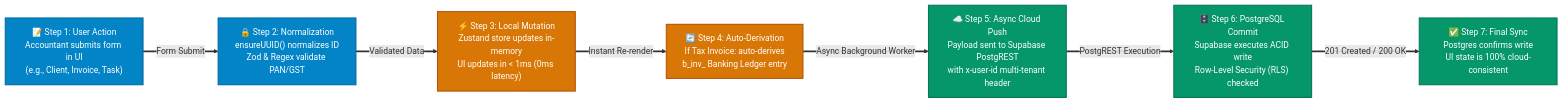
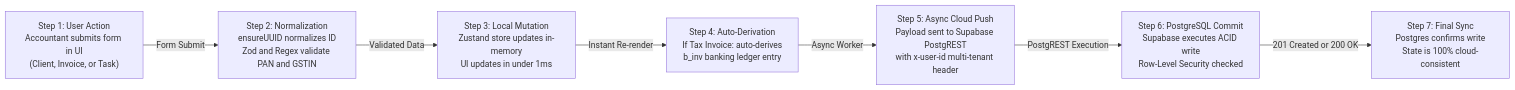
The second of 4 diagrams in README.md (Gokul2004-ne/CRM), drawn with Mermaid before and after one commit. The commit also changed other lines of this file, not shown here.

Commit message:
fix(docs): resolve Mermaid diagram parse errors, remove emojis, and standardize ASCII formatting

````diff
--- a/README.md
+++ b/README.md
@@ -176,42 +157,31 @@
 ```mermaid
 flowchart LR
-    %% Step Nodes
-    Step1["📝 Step 1: User Action
+    Step1["Step 1: User Action
 Accountant submits form in UI
-(e.g., Client, Invoice, Task)"]
-    Step2["🔒 Step 2: Normalization
-ensureUUID() normalizes ID
-Zod & Regex validate PAN/GST"]
-    Step3["⚡ Step 3: Local Mutation
+(Client, Invoice, or Task)"]
+    Step2["Step 2: Normalization
+ensureUUID normalizes ID
+Zod and Regex validate PAN and GSTIN"]
+    Step3["Step 3: Local Mutation
 Zustand store updates in-memory
-UI updates in < 1ms (0ms latency)"]
-    Step4["🔄 Step 4: Auto-Derivation
+UI updates in under 1ms"]
+    Step4["Step 4: Auto-Derivation
 If Tax Invoice: auto-derives
-b_inv_<id> Banking Ledger entry"]
-    Step5["☁️ Step 5: Async Cloud Push
+b_inv banking ledger entry"]
+    Step5["Step 5: Async Cloud Push
 Payload sent to Supabase PostgREST
 with x-user-id multi-tenant header"]
-    Step6["🗄️ Step 6: PostgreSQL Commit
+    Step6["Step 6: PostgreSQL Commit
 Supabase executes ACID write
-Row-Level Security (RLS) checked"]
-    Step7["✅ Step 7: Final Sync
+Row-Level Security checked"]
+    Step7["Step 7: Final Sync
 Postgres confirms write
-UI state is 100% cloud-consistent"]
+State is 100% cloud-consistent"]
 
-    %% Flow connections
-    Step1 ==>|Form Submit| Step2
-    Step2 ==>|Validated Data| Step3
-    Step3 ==>|Instant Re-render| Step4
-    Step4 ==>|Async Background Worker| Step5
-    Step5 ==>|PostgREST Execution| Step6
-    Step6 ==>|201 Created / 200 OK| Step7
-
-    %% Styling
-    classDef highlight fill:#0284c7,stroke:#0369a1,stroke-width:2px,color:#ffffff;
-    classDef cloud fill:#059669,stroke:#047857,stroke-width:2px,color:#ffffff;
-    classDef local fill:#d97706,stroke:#b45309,stroke-width:2px,color:#ffffff;
-    
-    class Step1,Step2 highlight;
-    class Step3,Step4 local;
-    class Step5,Step6,Step7 cloud;
+    Step1 -->|"Form Submit"| Step2
+    Step2 -->|"Validated Data"| Step3
+    Step3 -->|"Instant Re-render"| Step4
+    Step4 -->|"Async Worker"| Step5
+    Step5 -->|"PostgREST Execution"| Step6
+    Step6 -->|"201 Created or 200 OK"| Step7
 ```
````
